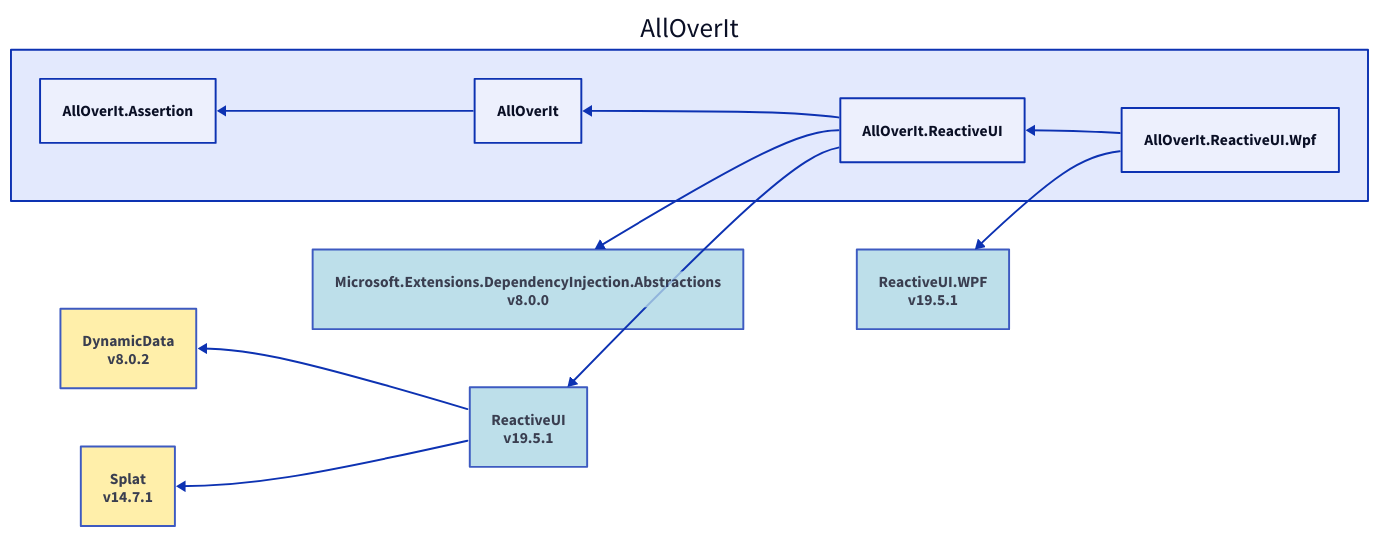
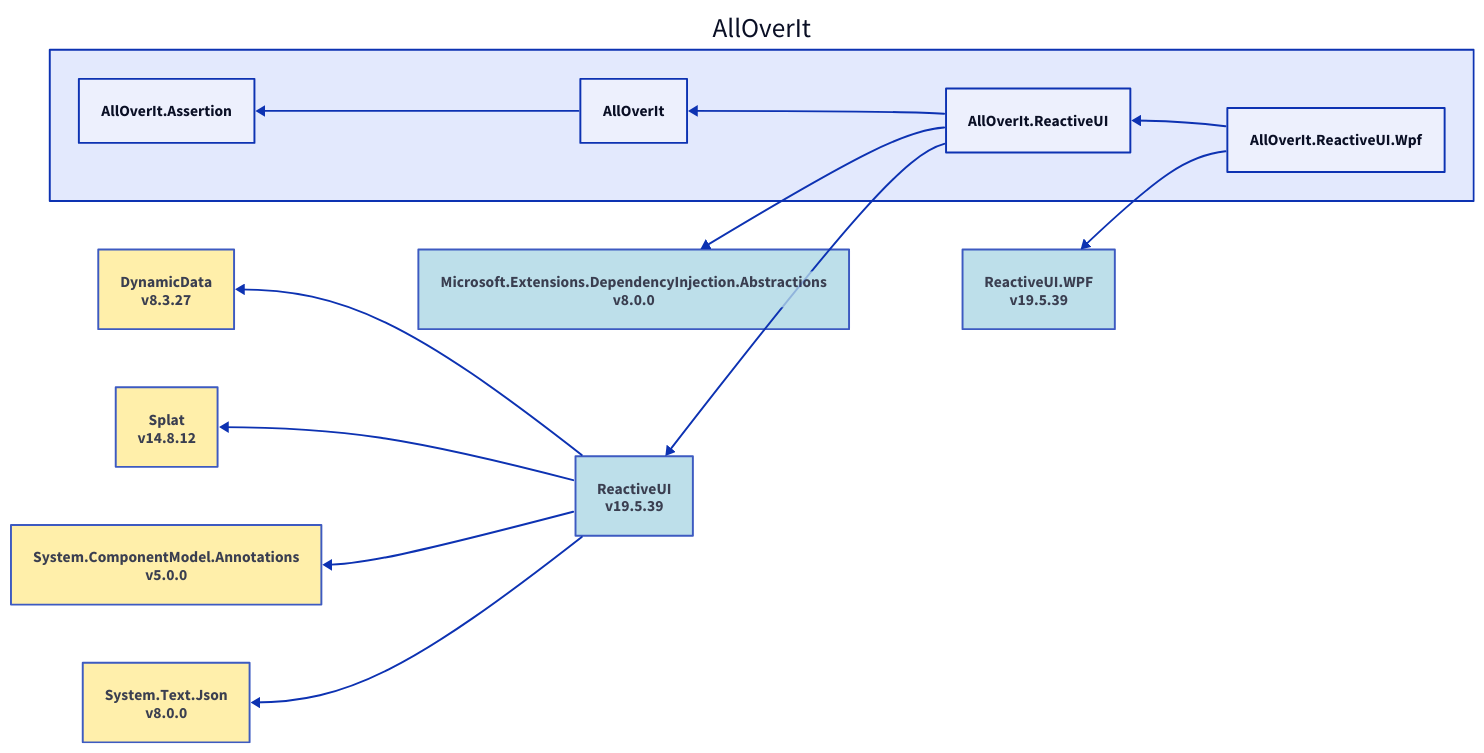
The diagram in Docs/Reference/Content/images/dependencies/net7.0/alloverit-reactiveui-wpf.d2 (mjfreelancing/AllOverIt), drawn with D2 before and after one commit. The commit also changed 56 other files, not shown here.

```diff
--- a/Docs/Reference/Content/images/dependencies/net7.0/alloverit-reactiveui-wpf.d2
+++ b/Docs/Reference/Content/images/dependencies/net7.0/alloverit-reactiveui-wpf.d2
@@ -1,30 +1,38 @@
 direction: left
 
 aoi: AllOverIt
 aoi.alloverit-reactiveui-wpf: AllOverIt.ReactiveUI.Wpf
-reactiveui-wpf_19-5-1: ReactiveUI.WPF\nv19.5.1
-reactiveui-wpf_19-5-1.style.fill: "#ADD8E6"
-reactiveui-wpf_19-5-1.style.opacity: 0.8
-reactiveui-wpf_19-5-1 <- aoi.alloverit-reactiveui-wpf
+reactiveui-wpf_19-5-39: ReactiveUI.WPF\nv19.5.39
+reactiveui-wpf_19-5-39.style.fill: "#ADD8E6"
+reactiveui-wpf_19-5-39.style.opacity: 0.8
+reactiveui-wpf_19-5-39 <- aoi.alloverit-reactiveui-wpf
 aoi.alloverit-reactiveui: AllOverIt.ReactiveUI
 microsoft-extensions-dependencyinjection-abstractions_8-0-0: Microsoft.Extensions.DependencyInjection.Abstractions\nv8.0.0
 microsoft-extensions-dependencyinjection-abstractions_8-0-0.style.fill: "#ADD8E6"
 microsoft-extensions-dependencyinjection-abstractions_8-0-0.style.opacity: 0.8
 microsoft-extensions-dependencyinjection-abstractions_8-0-0 <- aoi.alloverit-reactiveui
-reactiveui_19-5-1: ReactiveUI\nv19.5.1
-reactiveui_19-5-1.style.fill: "#ADD8E6"
-reactiveui_19-5-1.style.opacity: 0.8
-dynamicdata_8-0-2: DynamicData\nv8.0.2
-dynamicdata_8-0-2.style.fill: "#FFEC96"
-dynamicdata_8-0-2.style.opacity: 0.8
-dynamicdata_8-0-2 <- reactiveui_19-5-1
-splat_14-7-1: Splat\nv14.7.1
-splat_14-7-1.style.fill: "#FFEC96"
-splat_14-7-1.style.opacity: 0.8
-splat_14-7-1 <- reactiveui_19-5-1
-reactiveui_19-5-1 <- aoi.alloverit-reactiveui
+reactiveui_19-5-39: ReactiveUI\nv19.5.39
+reactiveui_19-5-39.style.fill: "#ADD8E6"
+reactiveui_19-5-39.style.opacity: 0.8
+dynamicdata_8-3-27: DynamicData\nv8.3.27
+dynamicdata_8-3-27.style.fill: "#FFEC96"
+dynamicdata_8-3-27.style.opacity: 0.8
+dynamicdata_8-3-27 <- reactiveui_19-5-39
+splat_14-8-12: Splat\nv14.8.12
+splat_14-8-12.style.fill: "#FFEC96"
+splat_14-8-12.style.opacity: 0.8
+splat_14-8-12 <- reactiveui_19-5-39
+system-componentmodel-annotations_5-0-0: System.ComponentModel.Annotations\nv5.0.0
+system-componentmodel-annotations_5-0-0.style.fill: "#FFEC96"
+system-componentmodel-annotations_5-0-0.style.opacity: 0.8
+system-componentmodel-annotations_5-0-0 <- reactiveui_19-5-39
+system-text-json_8-0-0: System.Text.Json\nv8.0.0
+system-text-json_8-0-0.style.fill: "#FFEC96"
+system-text-json_8-0-0.style.opacity: 0.8
+system-text-json_8-0-0 <- reactiveui_19-5-39
+reactiveui_19-5-39 <- aoi.alloverit-reactiveui
 aoi.alloverit: AllOverIt
 aoi.alloverit-assertion: AllOverIt.Assertion
 aoi.alloverit-assertion <- aoi.alloverit
 aoi.alloverit <- aoi.alloverit-reactiveui
 aoi.alloverit-reactiveui <- aoi.alloverit-reactiveui-wpf
```
